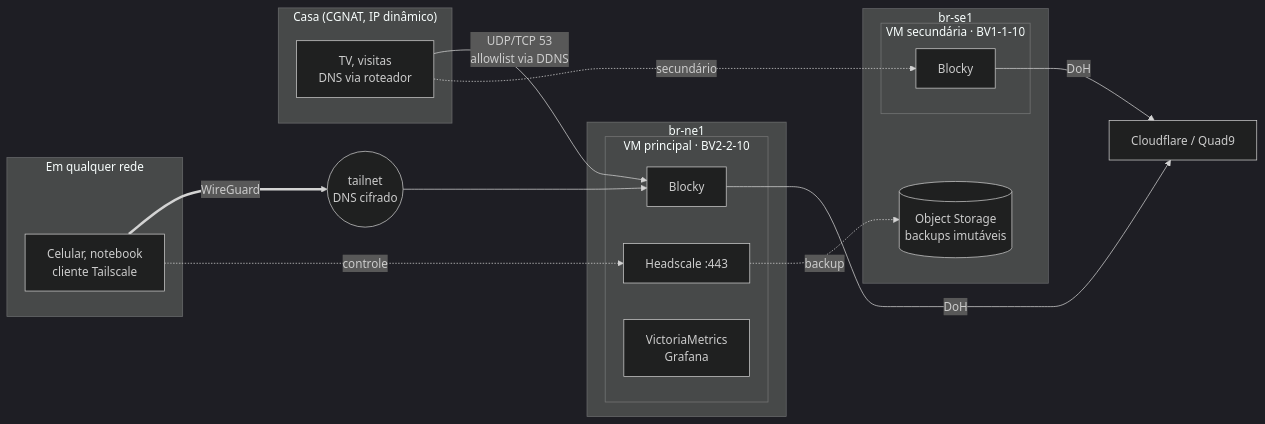
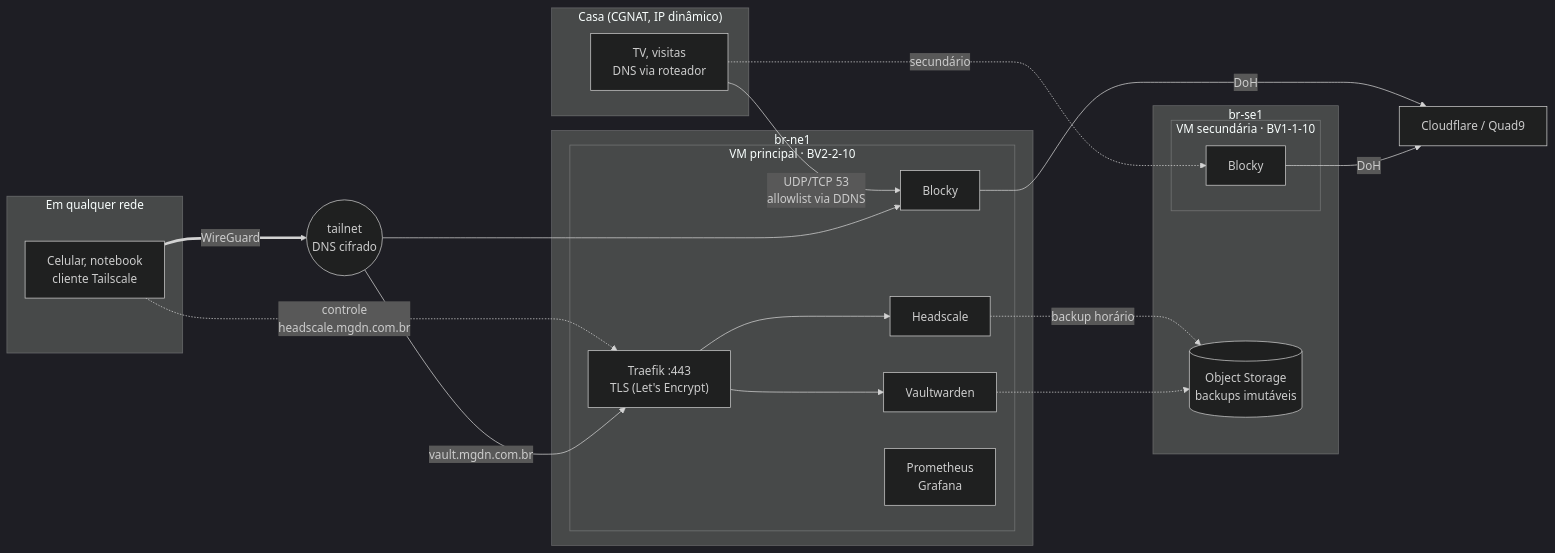
Before and after one commit to MarcosDaNight/mgdn-platform: the diagram in README.md, drawn with Mermaid (dark theme). The commit also changed other lines of this file and 4 other files, not shown here.

First line of the commit message:
feat: close Vaultwarden signups; back up Traefik certificates (#23)

````diff
--- a/README.md
+++ b/README.md
@@ -16,30 +16,36 @@
 ```mermaid
 flowchart LR
   subgraph casa["Casa (CGNAT, IP dinâmico)"]
     lan["TV, visitas<br/>DNS via roteador"]
   end
   subgraph fora["Em qualquer rede"]
     dev["Celular, notebook<br/>cliente Tailscale"]
   end
   dev == "WireGuard" ==> ts(("tailnet<br/>DNS cifrado"))
   subgraph ne1["br-ne1"]
     subgraph vm1["VM principal · BV2-2-10"]
-      hs["Headscale :443"]
+      tr["Traefik :443<br/>TLS (Let's Encrypt)"]
+      hs["Headscale"]
+      vw["Vaultwarden"]
       b1["Blocky"]
-      mon["VictoriaMetrics<br/>Grafana"]
+      mon["Prometheus<br/>Grafana"]
     end
   end
   subgraph se1["br-se1"]
     subgraph vm2["VM secundária · BV1-1-10"]
       b2["Blocky"]
     end
     bkp[("Object Storage<br/>backups imutáveis")]
   end
   lan -- "UDP/TCP 53<br/>allowlist via DDNS" --> b1
   lan -. "secundário" .-> b2
   ts --> b1
-  dev -. "controle" .-> hs
+  dev -. "controle<br/>headscale.mgdn.com.br" .-> tr
+  ts -- "vault.mgdn.com.br" --> tr
+  tr --> hs
+  tr --> vw
   b1 -- "DoH" --> up["Cloudflare / Quad9"]
   b2 -- "DoH" --> up
-  hs -. "backup" .-> bkp
+  hs -. "backup horário" .-> bkp
+  vw -.-> bkp
 ```
````
